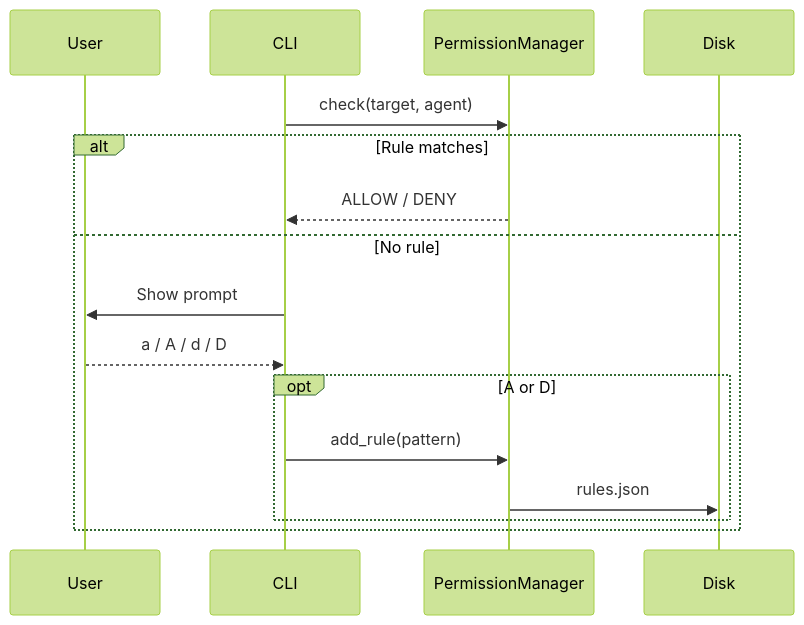
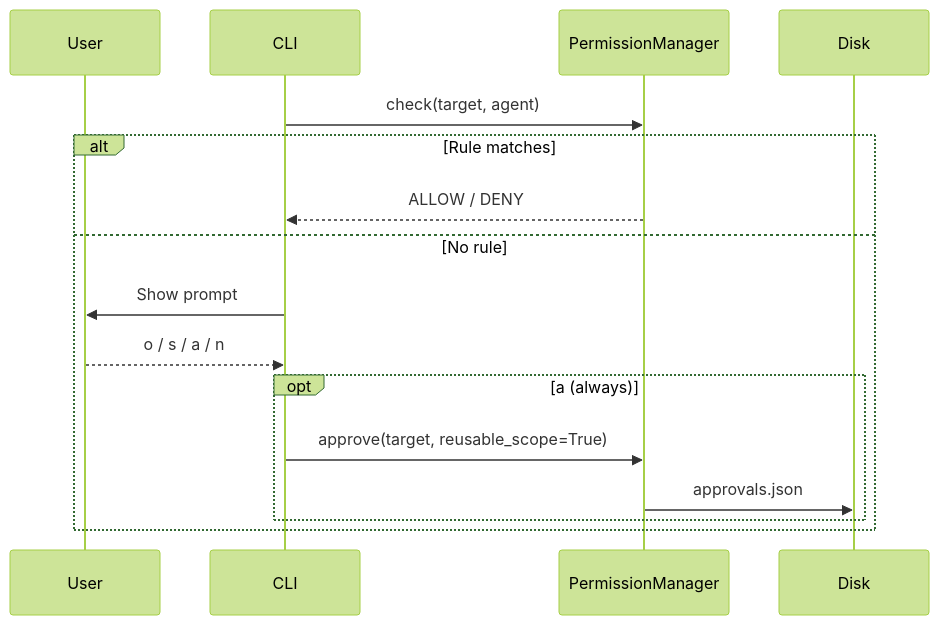
Before and after one commit to MervinPraison/PraisonAIDocs: the second of 2 diagrams in docs/cli/permissions.mdx, drawn with Mermaid (forest theme). The commit also changed other lines of this file and 3 other files, not shown here.

````diff
--- a/docs/cli/permissions.mdx
+++ b/docs/cli/permissions.mdx
@@ -78,19 +77,19 @@
 ```mermaid
 sequenceDiagram
     participant U as User
     participant CLI as CLI
     participant PM as PermissionManager
     participant D as Disk
 
     CLI->>PM: check(target, agent)
     alt Rule matches
         PM-->>CLI: ALLOW / DENY
     else No rule
         CLI->>U: Show prompt
-        U-->>CLI: a / A / d / D
-        opt A or D
-            CLI->>PM: add_rule(pattern)
-            PM->>D: rules.json
+        U-->>CLI: o / s / a / n
+        opt a (always)
+            CLI->>PM: approve(target, reusable_scope=True)
+            PM->>D: approvals.json
         end
     end
 ```
````
